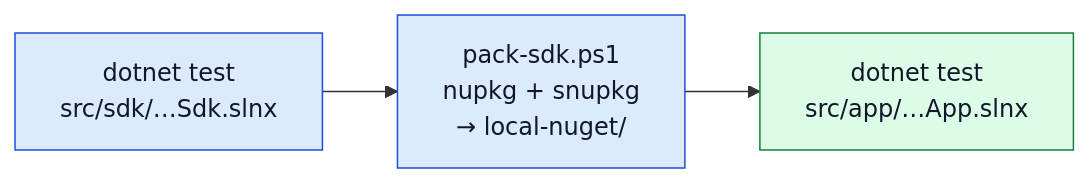
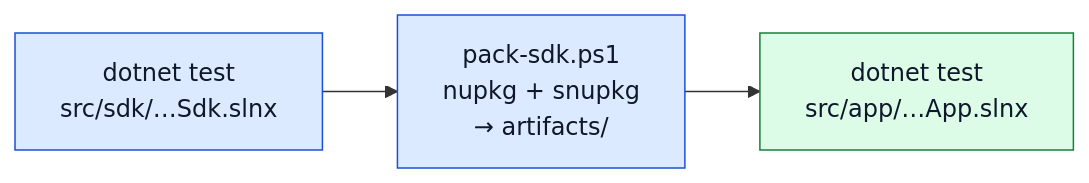
One commit to kkdev92/stackchan-atoms3r-gateway changed the second of 3 diagrams in docs/architecture.md. Above: the diagram before and after it, drawn with Mermaid. The commit also changed 8 other files, not shown here.

````diff
--- a/docs/architecture.md
+++ b/docs/architecture.md
@@ -83,12 +83,12 @@
 ```mermaid
 flowchart LR
     T1["dotnet test<br/>src/sdk/…Sdk.slnx"]
-    P["pack-sdk.ps1<br/>nupkg + snupkg<br/>→ local-nuget/"]
+    P["pack-sdk.ps1<br/>nupkg + snupkg<br/>→ artifacts/"]
     T2["dotnet test<br/>src/app/…App.slnx"]
     T1 --> P --> T2
 
     classDef s fill:#dbeafe,stroke:#1d4ed8,color:#0f172a
     classDef a fill:#dcfce7,stroke:#15803d,color:#0f172a
     class T1,P s
     class T2 a
 ```
````
